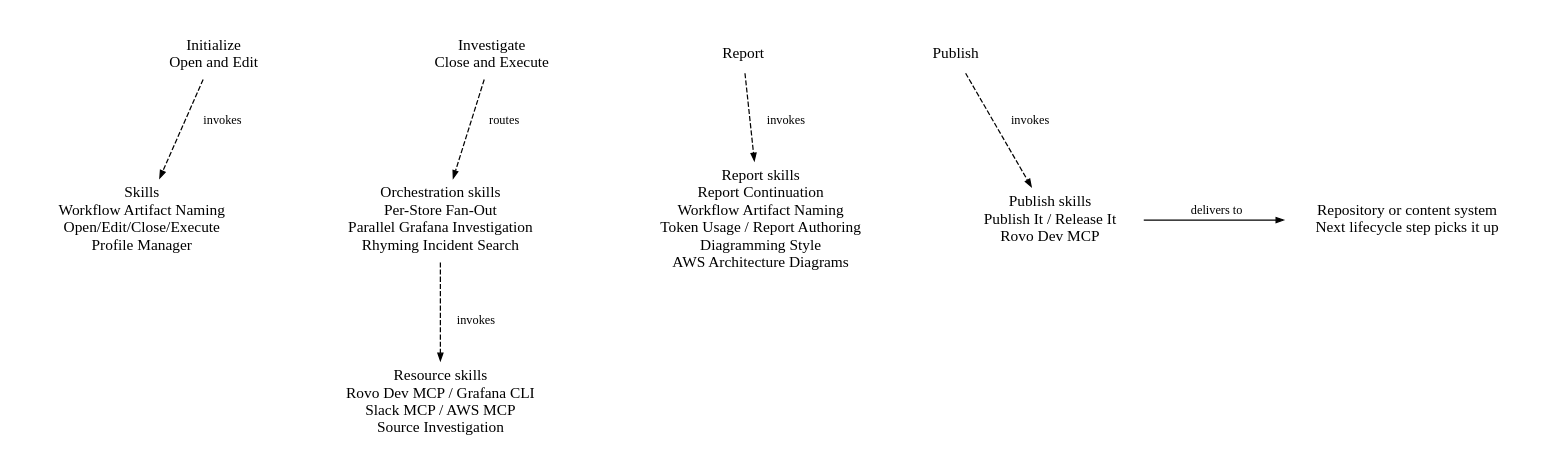
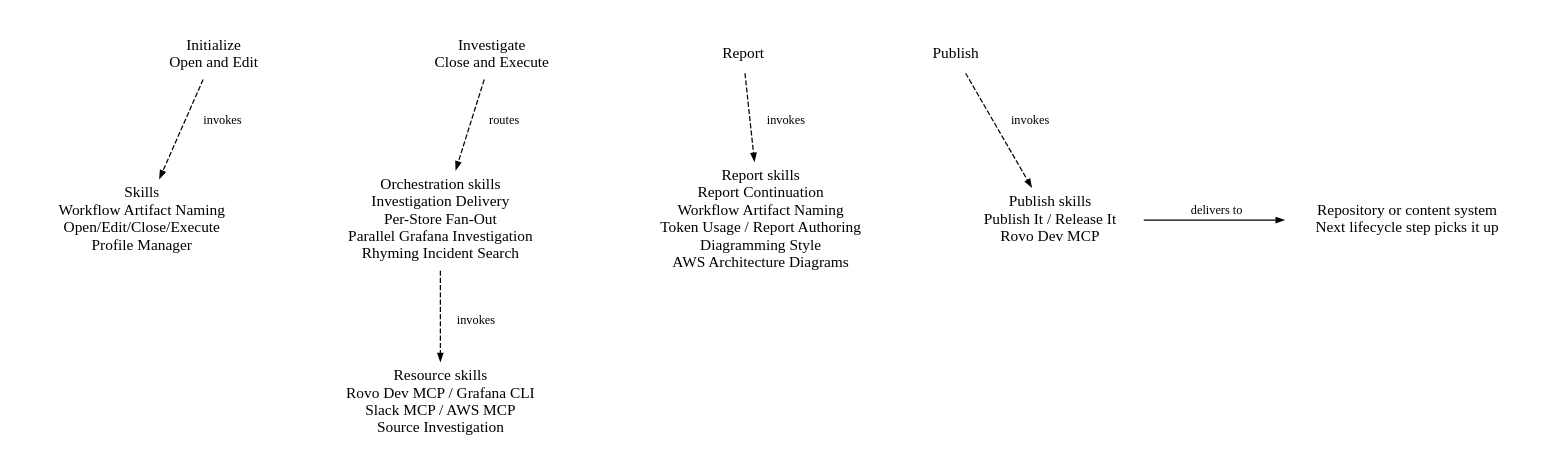
The diagram in diagrams/DIAGRAM-investigation-skill-routing.dot (orenlion1/investigation-skills), drawn with Graphviz before and after one commit. The commit also changed 43 other files, not shown here.

Commit message:
refactor: give investigation delivery its own renderer and contract (#115)

```diff
--- a/diagrams/DIAGRAM-investigation-skill-routing.dot
+++ b/diagrams/DIAGRAM-investigation-skill-routing.dot
@@ -1,36 +1,36 @@
 // Independent skill routes; peer placement is not an execution-order edge.
 // Coverage manifest, checked by the carried docs-contract check against the root routing table:
 // workflow-artifact-naming, open-edit-close-execute, profile-manager, token-usage,
-// report-continuation, diagramming-style, report-authoring, source-investigation, publish-it, rovo-dev-mcp,
+// investigation-delivery, report-continuation, diagramming-style, report-authoring, source-investigation, publish-it, rovo-dev-mcp,
 // aws-mcp, aws-architecture-diagrams, gcx-cli, slack-mcp, rhyming-incident-search,
 // per-store-fan-out, parallel-grafana-investigation, release-it, skill-ownership.
 // skill-ownership governs this repository rather than an investigation step, so it has no node.
 // Activity labels carry the Open/Edit/Close/Execute mode they run in, matching
 // the lifecycle view. Dashed edges invoke or route; the solid edge delivers.
 digraph InvestigationSkillRouting {
   graph [rankdir=TB, margin=0, pad=0.3, nodesep=0.85, ranksep=0.9,
          fontname="Trebuchet MS", fontsize=15, splines=polyline];
   node [shape=plaintext, fontname="Trebuchet MS", fontsize=15, margin="0.25,0.10"];
   edge [fontname="Trebuchet MS", fontsize=12, arrowsize=0.7, penwidth=1.2];
 
   initialize [label="Initialize\nOpen and Edit"];
   investigate [label="Investigate\nClose and Execute"];
   report [label="Report"];
   publish [label="Publish"];
   setup_skills [label="Skills\nWorkflow Artifact Naming\nOpen/Edit/Close/Execute\nProfile Manager"];
-  orchestration_skills [label="Orchestration skills\nPer-Store Fan-Out\nParallel Grafana Investigation\nRhyming Incident Search"];
+  orchestration_skills [label="Orchestration skills\nInvestigation Delivery\nPer-Store Fan-Out\nParallel Grafana Investigation\nRhyming Incident Search"];
   resource_skills [label="Resource skills\nRovo Dev MCP / Grafana CLI\nSlack MCP / AWS MCP\nSource Investigation"];
   report_skills [label="Report skills\nReport Continuation\nWorkflow Artifact Naming\nToken Usage / Report Authoring\nDiagramming Style\nAWS Architecture Diagrams"];
   publish_skills [label="Publish skills\nPublish It / Release It\nRovo Dev MCP"];
   destination [label="Repository or content system\nNext lifecycle step picks it up"];
 
   { rank=same; initialize; investigate; report; publish; }
   { rank=same; setup_skills; orchestration_skills; report_skills; publish_skills; destination; }
   initialize -> investigate -> report -> publish [style=invis, weight=100];
   initialize -> setup_skills [label=<<TABLE BORDER="0" CELLBORDER="0" CELLSPACING="0" CELLPADDING="0"><TR><TD WIDTH="16"></TD><TD>invokes</TD></TR></TABLE>>, style=dashed];
   investigate -> orchestration_skills [label=<<TABLE BORDER="0" CELLBORDER="0" CELLSPACING="0" CELLPADDING="0"><TR><TD WIDTH="16"></TD><TD>routes</TD></TR></TABLE>>, style=dashed];
   orchestration_skills -> resource_skills [label=<<TABLE BORDER="0" CELLBORDER="0" CELLSPACING="0" CELLPADDING="0"><TR><TD WIDTH="16"></TD><TD>invokes</TD></TR></TABLE>>, style=dashed];
   report -> report_skills [label=<<TABLE BORDER="0" CELLBORDER="0" CELLSPACING="0" CELLPADDING="0"><TR><TD WIDTH="16"></TD><TD>invokes</TD></TR></TABLE>>, style=dashed];
   publish -> publish_skills [label=<<TABLE BORDER="0" CELLBORDER="0" CELLSPACING="0" CELLPADDING="0"><TR><TD WIDTH="16"></TD><TD>invokes</TD></TR></TABLE>>, style=dashed];
   publish_skills -> destination [label=<<TABLE BORDER="0" CELLBORDER="0" CELLSPACING="0" CELLPADDING="0"><TR><TD WIDTH="16"></TD><TD>delivers to</TD></TR></TABLE>>];
 }
```
